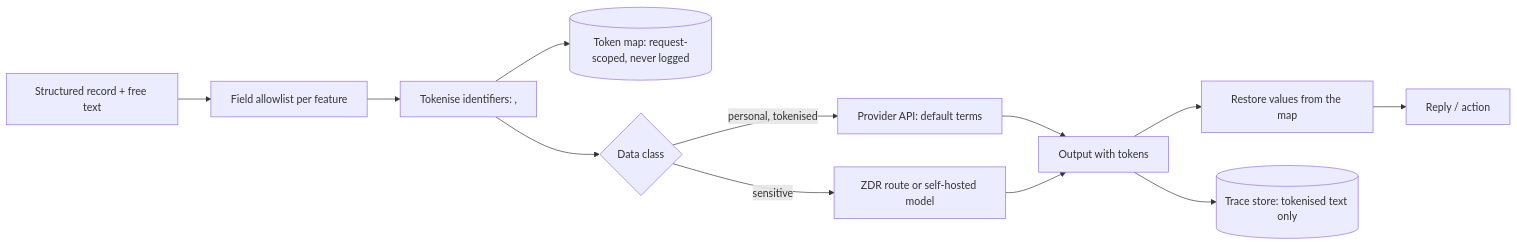
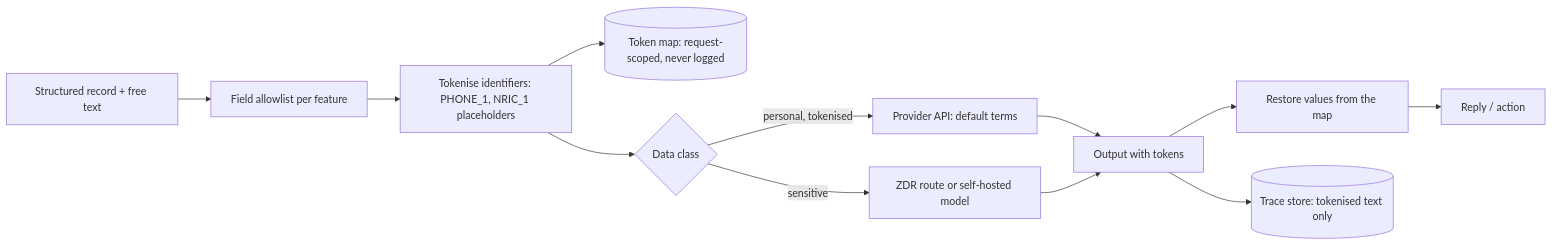
The diagram in 13 - AI Engineering/LLM Security & Governance/LLM Security & Governance - Data Privacy, PII & Provider Data Handling.md (flamel2p/knowledge-hub), drawn with Mermaid before and after one commit.

Commit message:
kb(T400): fix Mermaid label that used angle brackets
Claude-Session: https://claude.ai/code/session_0165mRNk1S9eoyZxow9r81Jw

````diff
--- a/13 - AI Engineering/LLM Security & Governance/LLM Security & Governance - Data Privacy, PII & Provider Data Handling.md
+++ b/13 - AI Engineering/LLM Security & Governance/LLM Security & Governance - Data Privacy, PII & Provider Data Handling.md
@@ -61,14 +61,14 @@
 ```mermaid
 flowchart LR
   REC["Structured record + free text"] --> ALLOW["Field allowlist per feature"]
-  ALLOW --> TOK["Tokenise identifiers: <PHONE_1>, <NRIC_1>"]
+  ALLOW --> TOK["Tokenise identifiers: PHONE_1, NRIC_1 placeholders"]
   TOK --> MAP[("Token map: request-scoped, never logged")]
   TOK --> ROUTE{"Data class"}
   ROUTE -->|"personal, tokenised"| API["Provider API: default terms"]
   ROUTE -->|sensitive| STRICT["ZDR route or self-hosted model"]
   API --> OUT["Output with tokens"]
   STRICT --> OUT
   OUT --> RESTORE["Restore values from the map"]
   RESTORE --> USER["Reply / action"]
   OUT --> TRACE[("Trace store: tokenised text only")]
 ```
````
